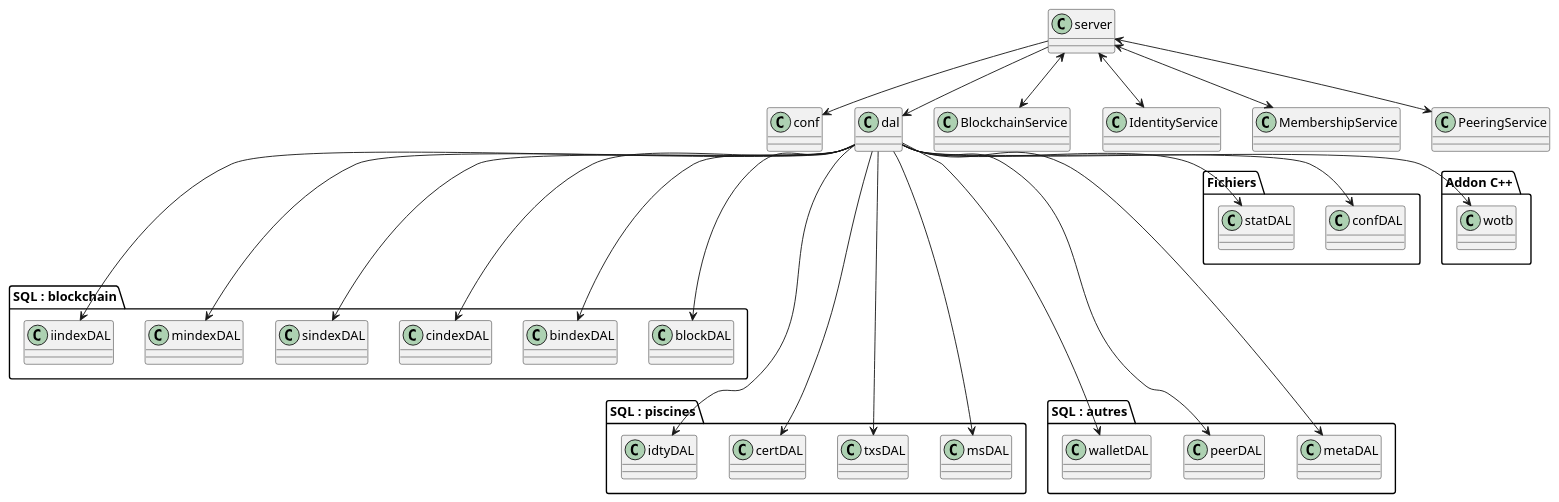
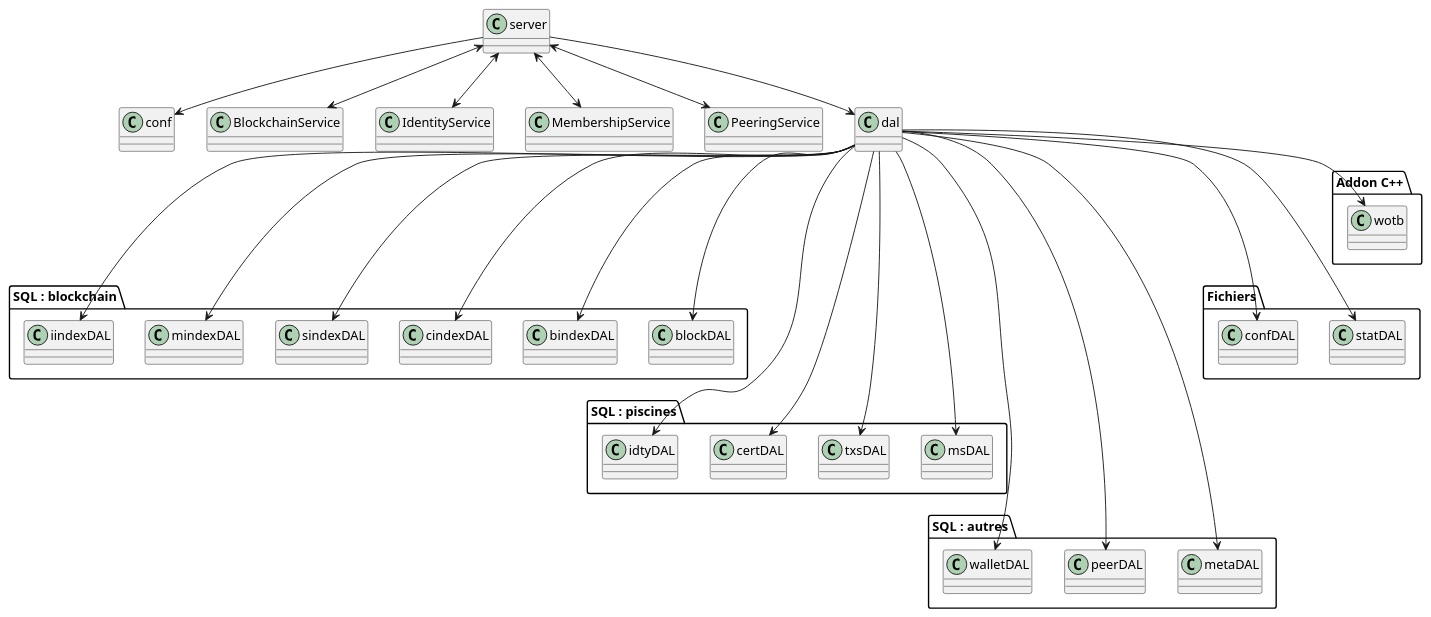
One commit to duniter/website_fr changed the first of 2 diagrams in content/pages/wiki/duniter/tutoriel-dev/chapitre-6-code.md. Above: the diagram before and after it, drawn with PlantUML. The commit also changed other lines of this file, not shown here.

```diff
--- a/content/pages/wiki/duniter/tutoriel-dev/chapitre-6-code.md
+++ b/content/pages/wiki/duniter/tutoriel-dev/chapitre-6-code.md
@@ -21,41 +21,41 @@
 @startuml
 
 server --> conf
-server --> dal
 server <--> BlockchainService
 server <--> IdentityService
 server <--> MembershipService
 server <--> PeeringService
+server --> dal
 
 package "SQL : blockchain" {
     dal ---> iindexDAL
     dal ---> mindexDAL
     dal ---> sindexDAL
     dal ---> cindexDAL
     dal ---> bindexDAL
     dal ---> blockDAL
 }
 
 package "SQL : piscines" {
     dal ----> idtyDAL
     dal ----> certDAL
     dal ----> txsDAL
     dal ----> msDAL
 }
 
 package "SQL : autres" {
-    dal ----> walletDAL
+    dal -----> walletDAL
     dal ----> peerDAL
     dal ----> metaDAL
 }
 
 package "Fichiers" {
-    dal --> confDAL
+    dal ---> confDAL
     dal --> statDAL
 }
 
 package "Addon C++" {
     dal --> wotb
 }
 
 @enduml
```
